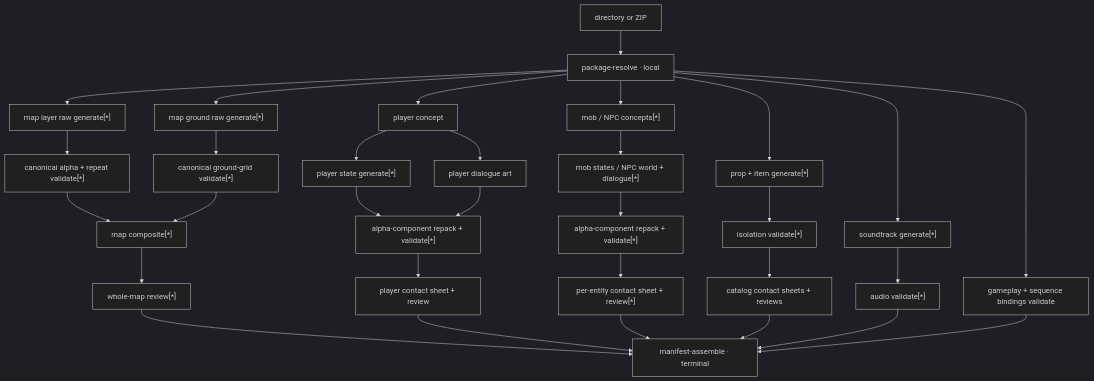
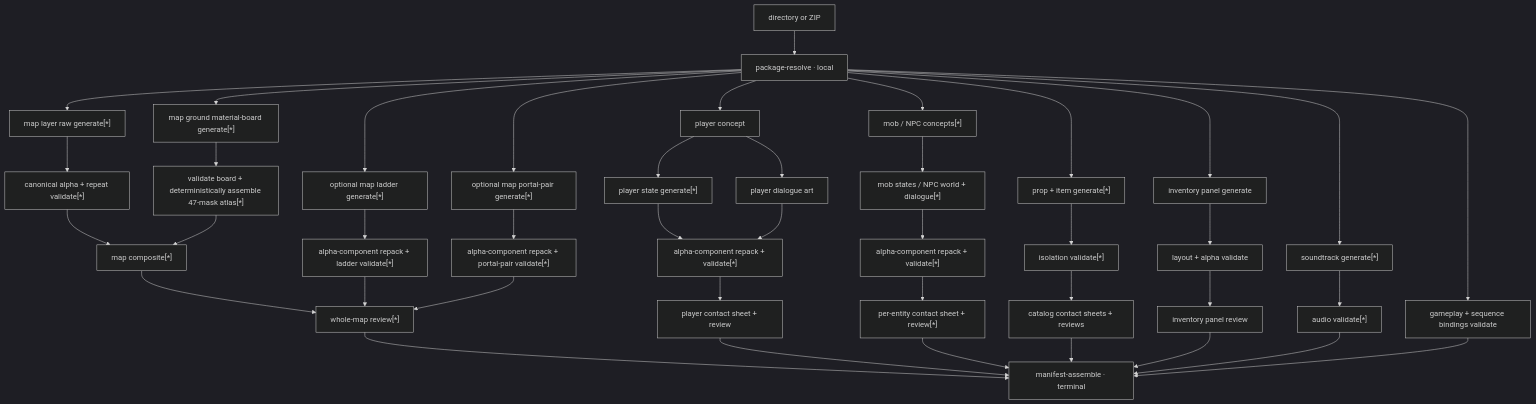
Before and after one commit to softmarshmallow/stage-gen: the diagram in docs/spec/game/generation-pipeline.md, drawn with Mermaid (dark theme). The commit also changed other lines of this file and 113 other files, not shown here.

````diff
--- a/docs/spec/game/generation-pipeline.md
+++ b/docs/spec/game/generation-pipeline.md
@@ -39,39 +39,50 @@
 ```mermaid
 flowchart TD
     PKG["directory or ZIP"] --> PR["package-resolve · local"]
 
     PR --> ML["map layer raw generate[*]"]
-    PR --> MG["map ground raw generate[*]"]
+    PR --> MG["map ground material-board generate[*]"]
     ML --> MLV["canonical alpha + repeat validate[*]"]
-    MG --> MGV["canonical ground-grid validate[*]"]
+    MG --> MGV["validate board + deterministically assemble 47-mask atlas[*]"]
+    PR --> LG["optional map ladder generate[*]"]
+    PR --> PG["optional map portal-pair generate[*]"]
     MLV --> MC["map composite[*]"]
     MGV --> MC
+    LG --> LGV["alpha-component repack + ladder validate[*]"]
+    PG --> PGV["alpha-component repack + portal-pair validate[*]"]
     MC --> MR["whole-map review[*]"]
+    LGV --> MR
+    PGV --> MR
 
     PR --> PC["player concept"]
     PC --> PS["player state generate[*]"]
     PC --> PD["player dialogue art"]
     PS --> PV["alpha-component repack + validate[*]"]
     PD --> PV
     PV --> PCR["player contact sheet + review"]
 
     PR --> XC["mob / NPC concepts[*]"]
     XC --> XS["mob states / NPC world + dialogue[*]"]
     XS --> XV["alpha-component repack + validate[*]"]
     XV --> XR["per-entity contact sheet + review[*]"]
 
     PR --> PI["prop + item generate[*]"]
     PI --> PIV["isolation validate[*]"]
     PIV --> PIR["catalog contact sheets + reviews"]
 
+    PR --> UI["inventory panel generate"]
+    UI --> UIV["layout + alpha validate"]
+    UIV --> UIR["inventory panel review"]
+
     PR --> ST["soundtrack generate[*]"]
     ST --> STV["audio validate[*]"]
     PR --> GB["gameplay + sequence bindings validate"]
 
     MR --> MF["manifest-assemble · terminal"]
     PCR --> MF
     XR --> MF
     PIR --> MF
+    UIR --> MF
     STV --> MF
     GB --> MF
 ```
````
